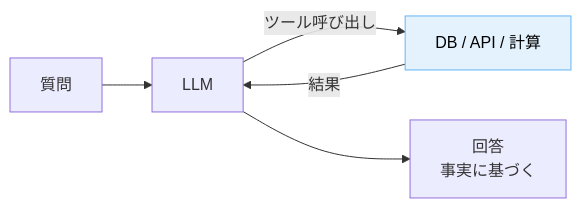
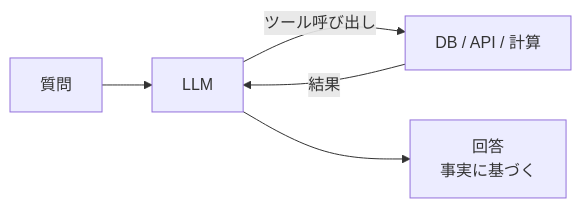
One commit to dinekt/dinekt-wiki changed the second of 3 diagrams in docs/techniques/ハルシネーションを抑える-7-つの手法.md. Above: the diagram before and after it, drawn with Mermaid. The commit also changed other lines of this file and 70 other files, not shown here.

First line of the commit message:
fix(mermaid): strip all inline styling, rely on theme

````diff
--- a/docs/techniques/ハルシネーションを抑える-7-つの手法.md
+++ b/docs/techniques/ハルシネーションを抑える-7-つの手法.md
@@ -58,9 +54,8 @@
 ```mermaid
 flowchart LR
     Q[質問] --> L[LLM]
     L -->|ツール呼び出し| T[DB / API / 計算]
     T -->|結果| L
     L --> A[回答<br/>事実に基づく]
 
-    style T fill:#e3f2fd,stroke:#64b5f6,color:#000
 ```
````
